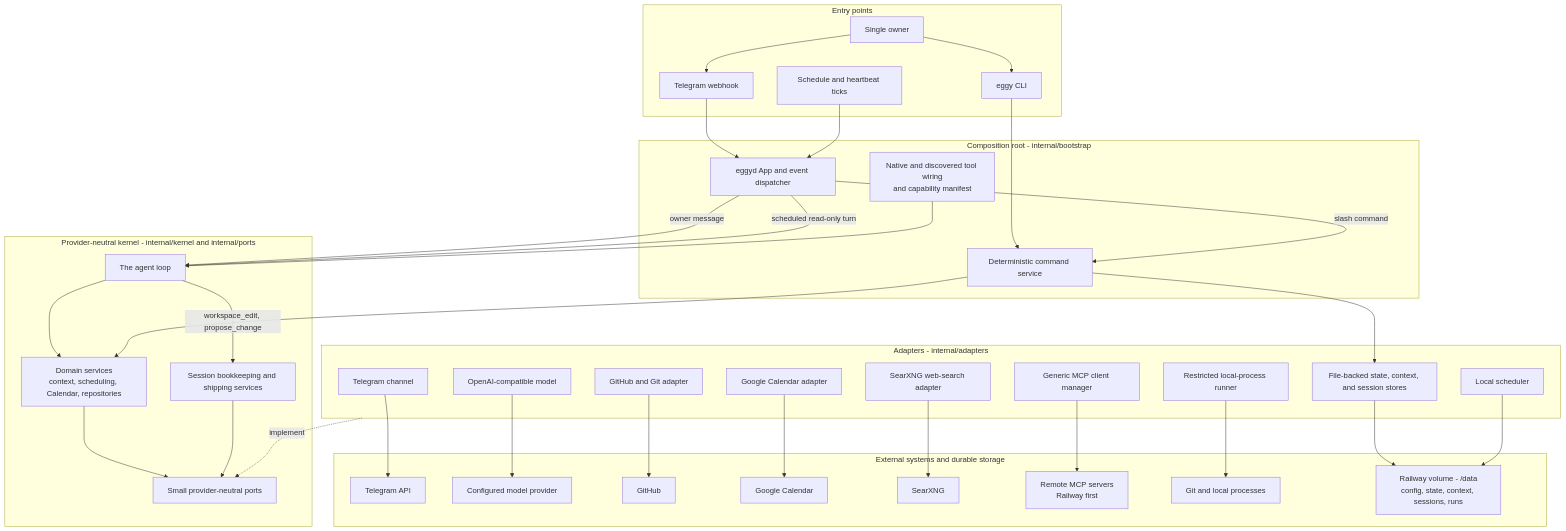
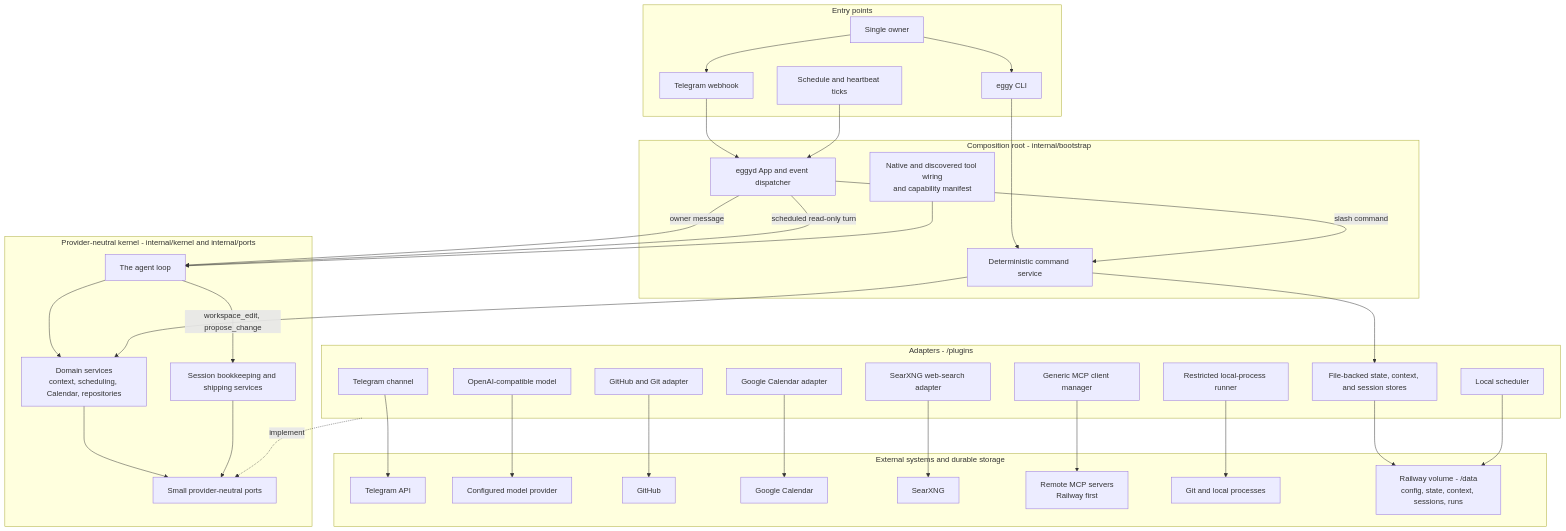
The diagram in docs/ARCHITECTURE.md (nigelteosw/eggy), drawn with Mermaid before and after one commit. The commit also changed other lines of this file and 160 other files, not shown here.

First line of the commit message:
Reorganize adapters as plugins, rename web to website

````diff
--- a/docs/ARCHITECTURE.md
+++ b/docs/ARCHITECTURE.md
@@ -24,76 +23,76 @@
 ```mermaid
 flowchart TB
     subgraph entry[Entry points]
         owner[Single owner]
         telegram[Telegram webhook]
         cli[eggy CLI]
         clock[Schedule and heartbeat ticks]
 
         owner --> telegram
         owner --> cli
     end
 
     subgraph composition[Composition root - internal/bootstrap]
         daemon[eggyd App and event dispatcher]
         commands[Deterministic command service]
         registry[Native and discovered tool wiring<br/>and capability manifest]
     end
 
     telegram --> daemon
     clock --> daemon
     cli --> commands
     daemon -->|slash command| commands
 
     subgraph kernel[Provider-neutral kernel - internal/kernel and internal/ports]
         outer[The agent loop]
         services[Domain services<br/>context, scheduling, Calendar, repositories]
         coding[Session bookkeeping and shipping services]
         ports[Small provider-neutral ports]
 
         outer --> services
         outer -->|workspace_edit, propose_change| coding
         services --> ports
         coding --> ports
     end
 
     daemon -->|owner message| outer
     daemon -->|scheduled read-only turn| outer
     commands --> services
     registry --> outer
 
-    subgraph adapters[Adapters - internal/adapters]
+    subgraph adapters[Adapters - /plugins]
         channelAdapter[Telegram channel]
         modelAdapter[OpenAI-compatible model]
         repositoryAdapter[GitHub and Git adapter]
         runnerAdapter[Restricted local-process runner]
         calendarAdapter[Google Calendar adapter]
         searchAdapter[SearXNG web-search adapter]
         mcpAdapter[Generic MCP client manager]
         stores[File-backed state, context, and session stores]
         schedulerAdapter[Local scheduler]
     end
 
     adapters -. implement .-> ports
     commands --> stores
 
     subgraph systems[External systems and durable storage]
         telegramAPI[Telegram API]
         modelAPI[Configured model provider]
         github[GitHub]
         google[Google Calendar]
         searxng[SearXNG]
         mcpServers[Remote MCP servers<br/>Railway first]
         process[Git and local processes]
         data[Railway volume - /data<br/>config, state, context, sessions, runs]
     end
 
     channelAdapter --> telegramAPI
     modelAdapter --> modelAPI
     repositoryAdapter --> github
     runnerAdapter --> process
     calendarAdapter --> google
     searchAdapter --> searxng
     mcpAdapter --> mcpServers
     stores --> data
     schedulerAdapter --> data
 ```
````
